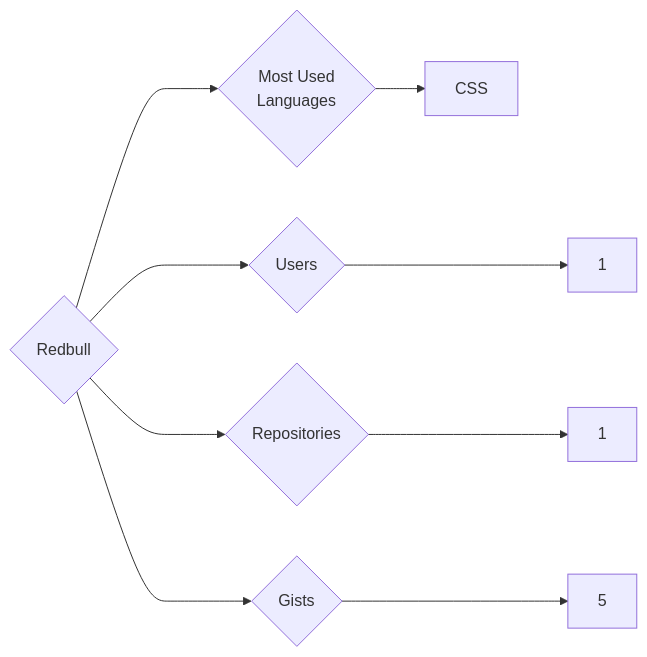
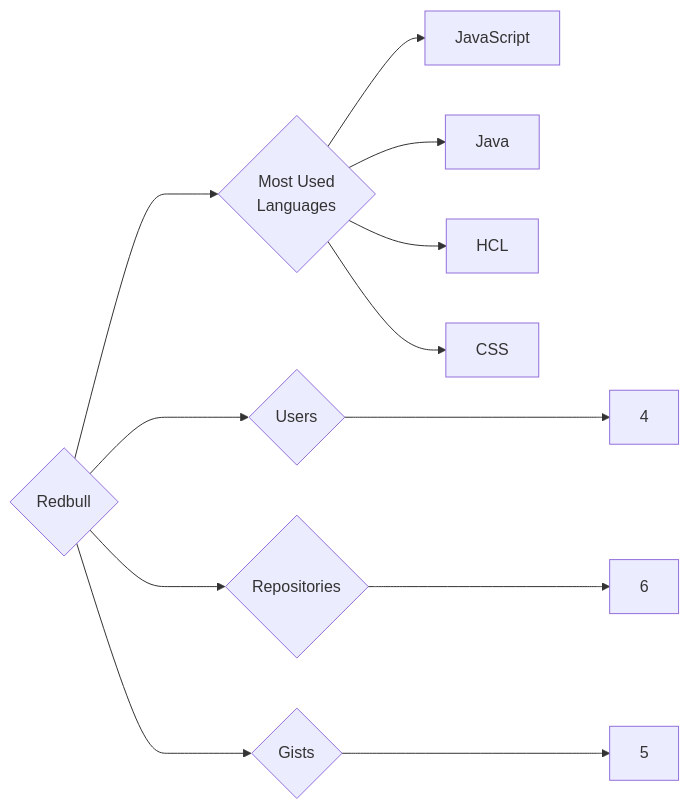
The diagram in targets/Redbull/README.md (trickest/insiders), drawn with Mermaid before and after one commit. The commit also changed 928 other files, not shown here.

````diff
--- a/targets/Redbull/README.md
+++ b/targets/Redbull/README.md
@@ -3,9 +3,12 @@
 ```mermaid
 graph LR
 COMPANY_NAME{Redbull}
-COMPANY_NAME ---> U{Users} ---> UN[1]
-COMPANY_NAME ---> R{Repositories} ---> RN[1]
+COMPANY_NAME ---> U{Users} ---> UN[4]
+COMPANY_NAME ---> R{Repositories} ---> RN[6]
 COMPANY_NAME ---> G{Gists} ---> GN[5]
 COMPANY_NAME ---> ML{Most Used<br>Languages}
+ML --> JavaScript[JavaScript]
+ML --> Java[Java]
+ML --> HCL[HCL]
 ML --> CSS[CSS]
 ```
````
